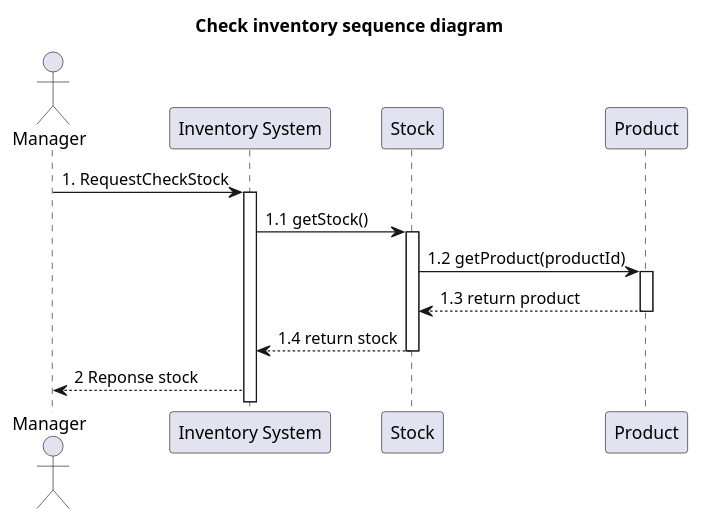
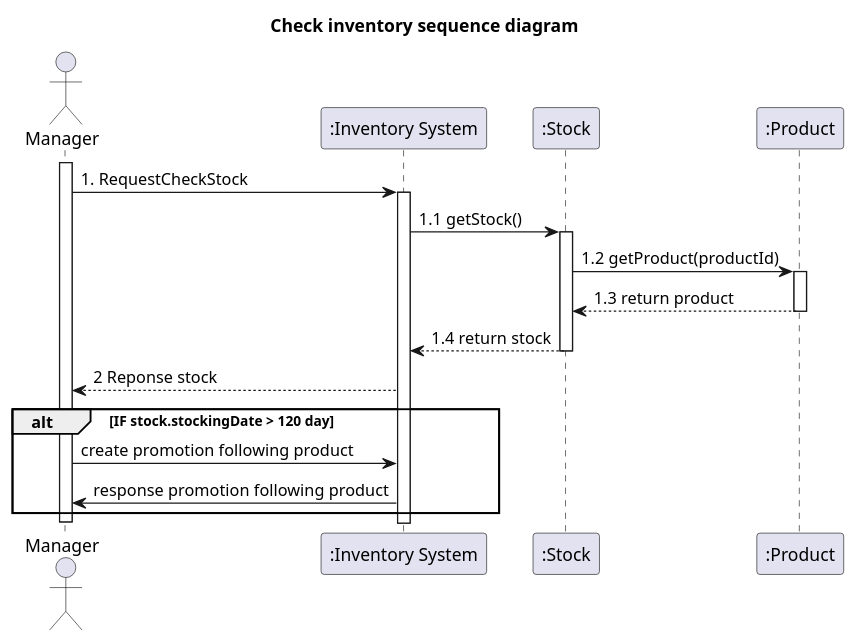
One commit to billowdev/inventory-system-plantuml-sequelize-seeder-example changed the diagram in system-analysis/sequence/_1_1_sequence-view-stock.puml. Above: the diagram before and after it, drawn with PlantUML. The commit also changed 22 other files, not shown here.

Commit message:
update sequence diagram and add overview sequence

```diff
--- a/system-analysis/sequence/_1_1_sequence-view-stock.puml
+++ b/system-analysis/sequence/_1_1_sequence-view-stock.puml
@@ -1,36 +1,38 @@
 @startuml
 'example
 title Check inventory sequence diagram
 
 actor Manager as actorManager
-participant "Inventory System" as InventorySystem
-participant "Stock" as classStock
-participant "Product" as classProduct
+participant ":Inventory System" as InventorySystem
+participant ":Stock" as classStock
+participant ":Product" as classProduct
 'participant "Category" as classCategory
 
+activate actorManager
 actorManager -> InventorySystem: 1. RequestCheckStock
 activate InventorySystem
-
 '-------------- START Check stock ---------------
 InventorySystem -> classStock: 1.1 getStock()
 activate classStock
 
 classStock -> classProduct: 1.2 getProduct(productId)
 activate classProduct
 
 classProduct --> classStock: 1.3 return product
 deactivate classProduct
 
 classStock --> InventorySystem: 1.4 return stock
 deactivate classStock
 
 InventorySystem  --> actorManager: 2 Reponse stock
 
+alt IF stock.stockingDate > 120 day
+actorManager -> InventorySystem : create promotion following product
+InventorySystem -> actorManager : response promotion following product
+end
 
-'-------------- END Check stock ---------------
-
-
+deactivate actorManager
 
 
 
 @enduml
```
